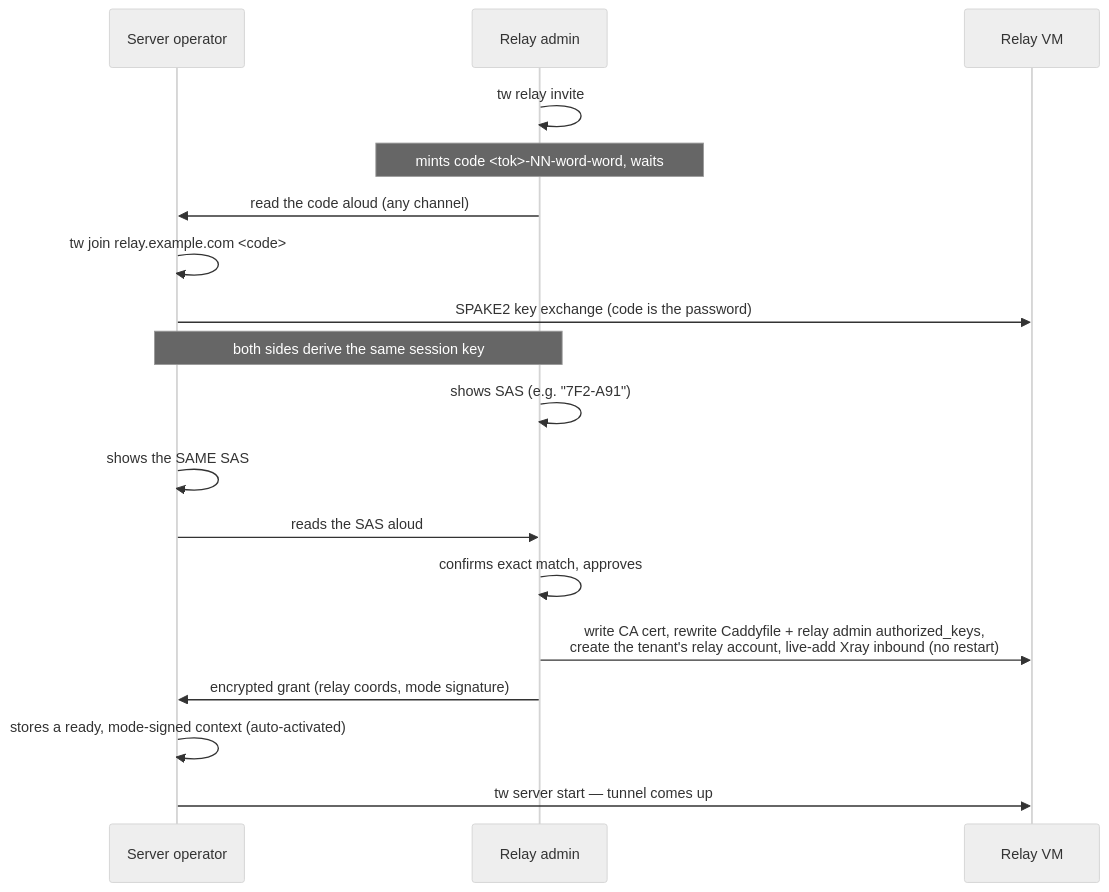
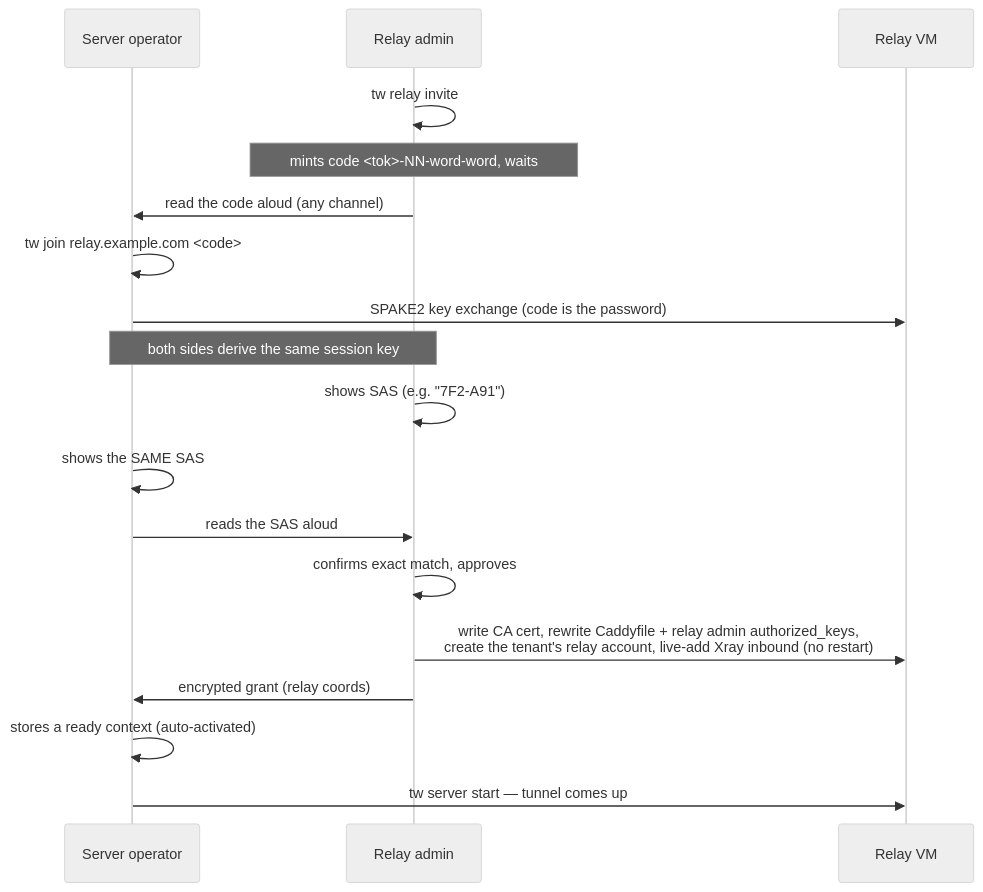
One commit to Tunnel-Whisperer/Tunnel-Whisperer changed the diagram in docs/relay/tenants.md. Above: the diagram before and after it, drawn with Mermaid (neutral theme). The commit also changed other lines of this file and 42 other files, not shown here.

First line of the commit message:
refactor: remove the mode_auth signature

````diff
--- a/docs/relay/tenants.md
+++ b/docs/relay/tenants.md
@@ -21,21 +21,21 @@
 ```mermaid
 sequenceDiagram
     participant S as Server operator
     participant A as Relay admin
     participant R as Relay VM
 
     A->>A: tw relay invite
     Note over A: mints code #lt;tok#gt;-NN-word-word, waits
     A->>S: read the code aloud (any channel)
     S->>S: tw join relay.example.com #lt;code#gt;
     S->>R: SPAKE2 key exchange (code is the password)
     Note over S,A: both sides derive the same session key
     A->>A: shows SAS (e.g. "7F2-A91")
     S->>S: shows the SAME SAS
     S->>A: reads the SAS aloud
     A->>A: confirms exact match, approves
     A->>R: write CA cert, rewrite Caddyfile + relay admin authorized_keys,<br/>create the tenant's relay account, live-add Xray inbound (no restart)
-    A->>S: encrypted grant (relay coords, mode signature)
-    S->>S: stores a ready, mode-signed context (auto-activated)
+    A->>S: encrypted grant (relay coords)
+    S->>S: stores a ready context (auto-activated)
     S->>R: tw server start — tunnel comes up
 ```
````
